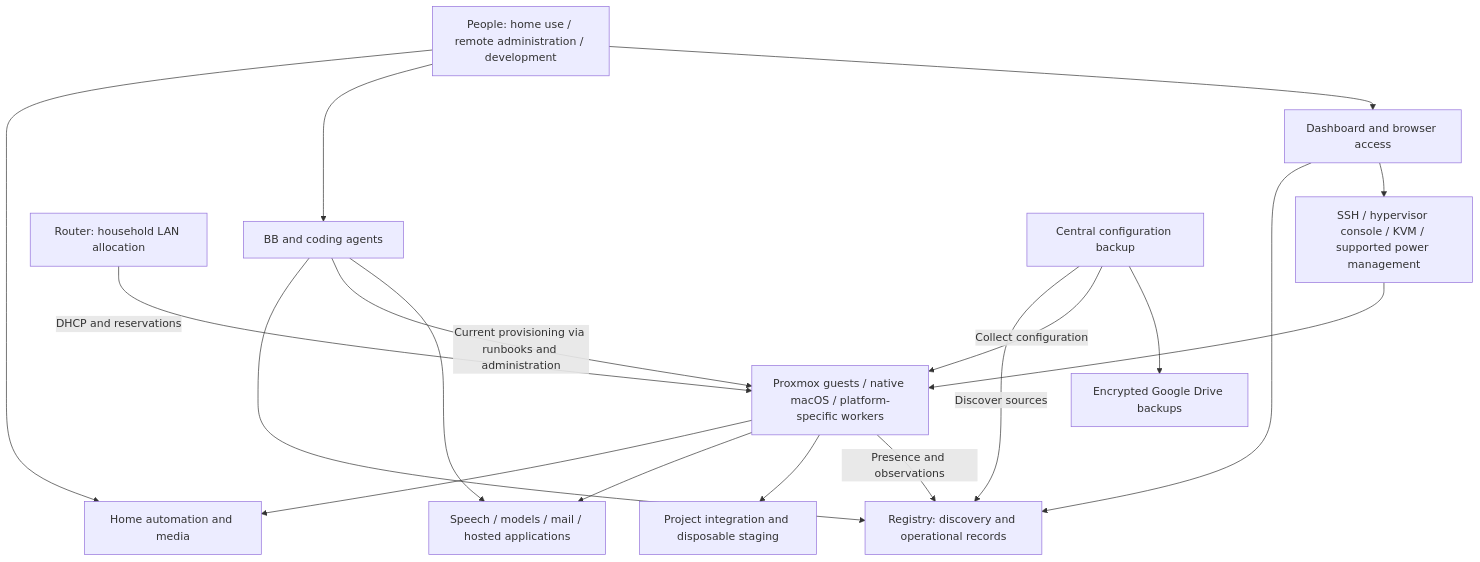
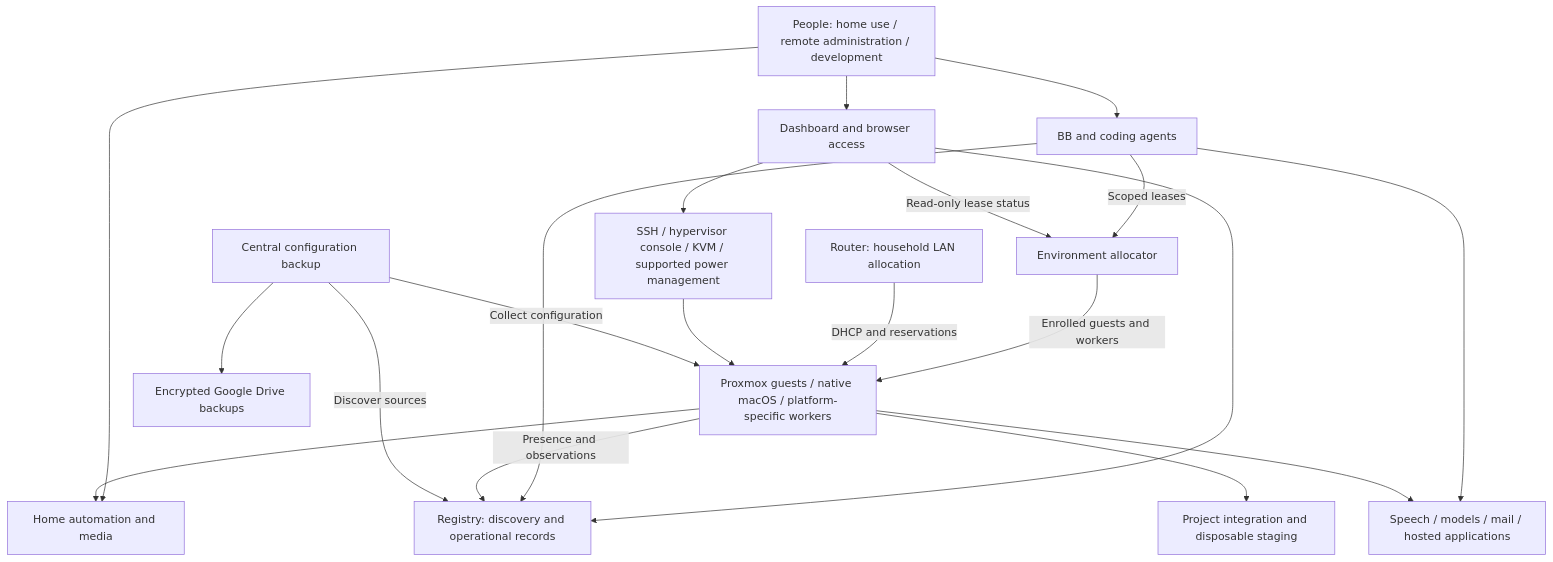
Before and after one commit to csells/home-lab-registry: the diagram in specs/architecture/current.md, drawn with Mermaid. The commit also changed other lines of this file and 10 other files, not shown here.

````diff
--- a/specs/architecture/current.md
+++ b/specs/architecture/current.md
@@ -19,32 +18,35 @@
 ```mermaid
 flowchart TB
   People[People: home use / remote administration / development]
   Agents[BB and coding agents]
   Registry[Registry: discovery and operational records]
   Dashboard[Dashboard and browser access]
+  Allocator[Environment allocator]
   Compute[Proxmox guests / native macOS / platform-specific workers]
   Home[Home automation and media]
   Shared[Speech / models / mail / hosted applications]
   Tests[Project integration and disposable staging]
   Router[Router: household LAN allocation]
   Recovery[SSH / hypervisor console / KVM / supported power management]
   Backup[Central configuration backup]
   Drive[Encrypted Google Drive backups]
   People --> Home
   People --> Agents
   People --> Dashboard
   Dashboard --> Registry
   Agents --> Registry
-  Agents -->|Current provisioning via runbooks and administration| Compute
+  Agents -->|Scoped leases| Allocator
+  Dashboard -->|Read-only lease status| Allocator
+  Allocator -->|Enrolled guests and workers| Compute
   Agents --> Shared
   Compute --> Home
   Compute --> Shared
   Compute --> Tests
   Compute -->|Presence and observations| Registry
   Router -->|DHCP and reservations| Compute
   Dashboard --> Recovery
   Recovery --> Compute
   Backup -->|Discover sources| Registry
   Backup -->|Collect configuration| Compute
   Backup --> Drive
 ```
````
